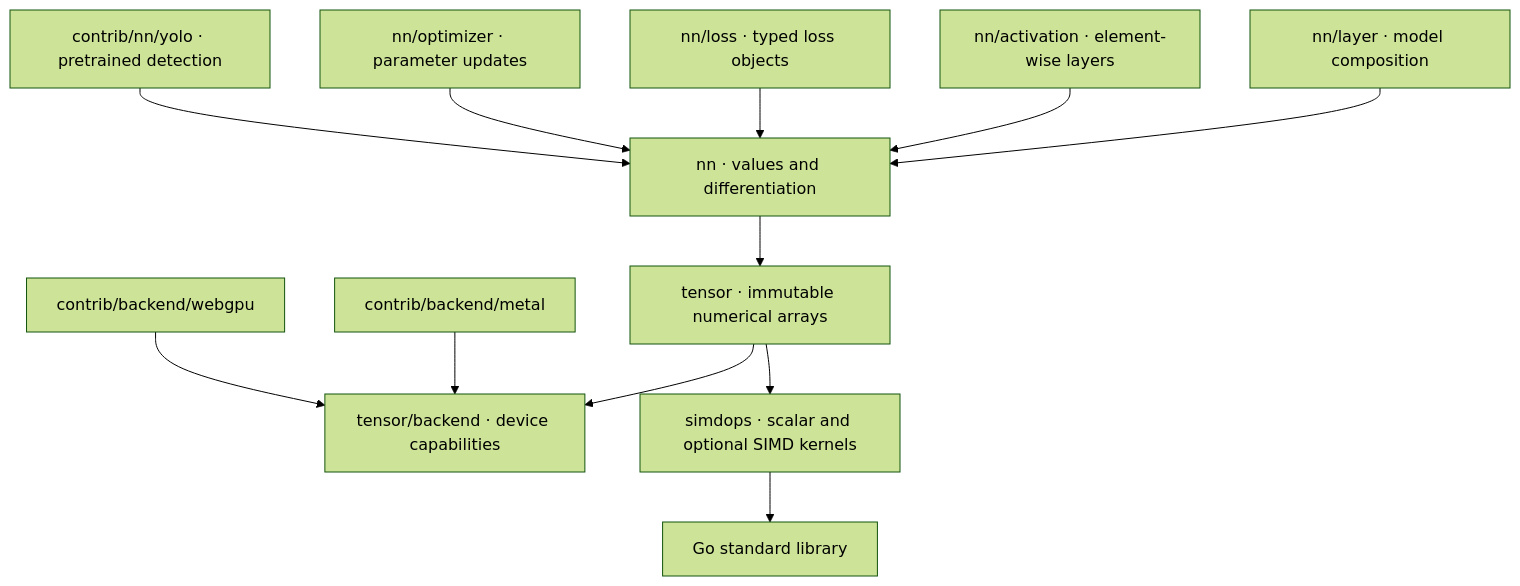
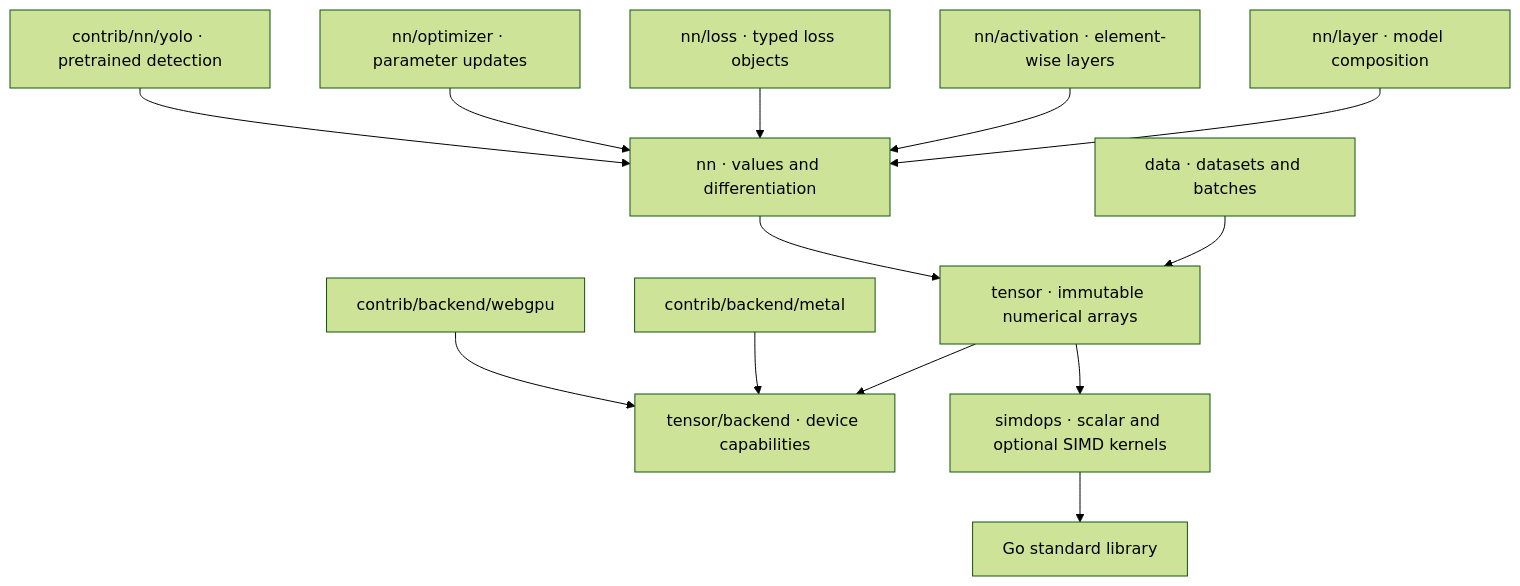
Before and after one commit to bpradana/goml: the diagram in README.md, drawn with Mermaid (forest theme). The commit also changed other lines of this file and 34 other files, not shown here.

````diff
--- a/README.md
+++ b/README.md
@@ -142,14 +147,15 @@
 ```mermaid
 flowchart TD
     Layer["nn/layer · model composition"] --> NN["nn · values and differentiation"]
     Activation["nn/activation · element-wise layers"] --> NN
     Loss["nn/loss · typed loss objects"] --> NN
     Optimizer["nn/optimizer · parameter updates"] --> NN
     YOLO["contrib/nn/yolo · pretrained detection"] --> NN
+    Data["data · datasets and batches"] --> Tensor
     NN --> Tensor["tensor · immutable numerical arrays"]
     Tensor --> Contract["tensor/backend · device capabilities"]
     Metal["contrib/backend/metal"] --> Contract
     WebGPU["contrib/backend/webgpu"] --> Contract
     Tensor --> SIMD["simdops · scalar and optional SIMD kernels"]
     SIMD --> Std["Go standard library"]
 ```
````
